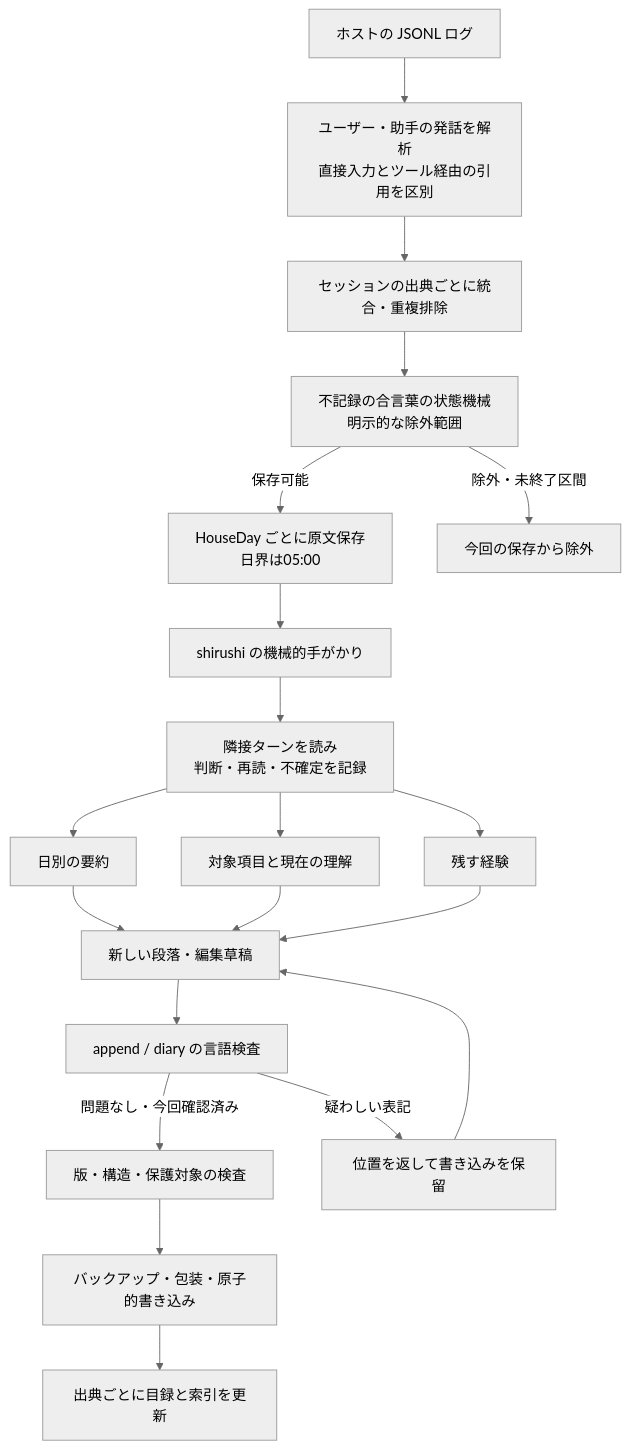
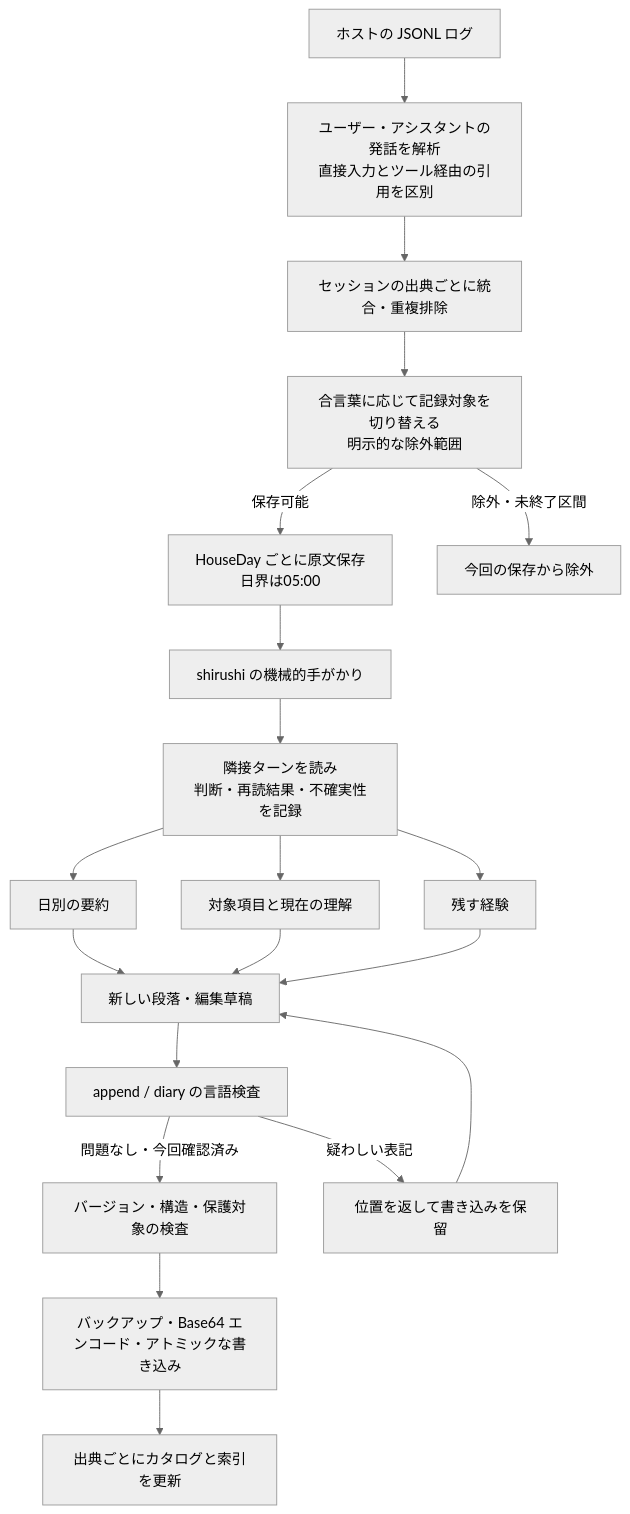
The first of 4 diagrams in docs/ja/architecture.md (ikarugaikoi/hikaru-memory), drawn with Mermaid (neutral theme) before and after one commit. The commit also changed other lines of this file and 26 other files, not shown here.

````diff
--- a/docs/ja/architecture.md
+++ b/docs/ja/architecture.md
@@ -11,22 +11,22 @@
 ```mermaid
 flowchart TD
-    Log[ホストの JSONL ログ] --> Parse[ユーザー・助手の発話を解析\n直接入力とツール経由の引用を区別]
+    Log[ホストの JSONL ログ] --> Parse[ユーザー・アシスタントの発話を解析\n直接入力とツール経由の引用を区別]
     Parse --> Merge[セッションの出典ごとに統合・重複排除]
-    Merge --> Exclusion[不記録の合言葉の状態機械\n明示的な除外範囲]
+    Merge --> Exclusion[合言葉に応じて記録対象を切り替える\n明示的な除外範囲]
     Exclusion -->|保存可能| Archive[HouseDay ごとに原文保存\n日界は05:00]
     Exclusion -->|除外・未終了区間| Omit[今回の保存から除外]
     Archive --> Signals[shirushi の機械的手がかり]
-    Signals --> Judgment[隣接ターンを読み\n判断・再読・不確定を記録]
+    Signals --> Judgment[隣接ターンを読み\n判断・再読結果・不確実性を記録]
     Judgment --> Diary[日別の要約]
     Judgment --> Current[対象項目と現在の理解]
     Judgment --> Episodes[残す経験]
     Diary --> Input[新しい段落・編集草稿]
     Current --> Input
     Episodes --> Input
     Input --> Lang[append / diary の言語検査]
-    Lang -->|問題なし・今回確認済み| Guards[版・構造・保護対象の検査]
+    Lang -->|問題なし・今回確認済み| Guards[バージョン・構造・保護対象の検査]
     Lang -->|疑わしい表記| Return[位置を返して書き込みを保留]
     Return --> Input
-    Guards --> Commit[バックアップ・包装・原子的書き込み]
-    Commit --> Rebuild[出典ごとに目録と索引を更新]
+    Guards --> Commit[バックアップ・Base64 エンコード・アトミックな書き込み]
+    Commit --> Rebuild[出典ごとにカタログと索引を更新]
 ```
````
